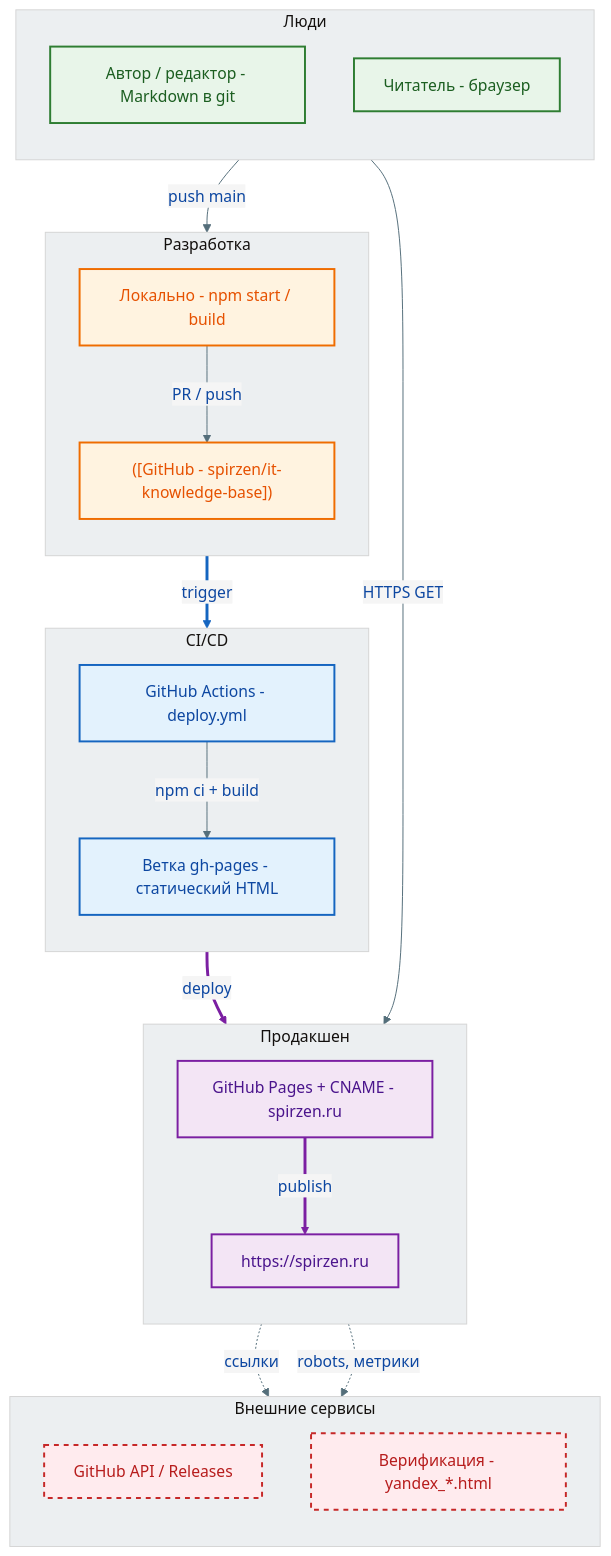
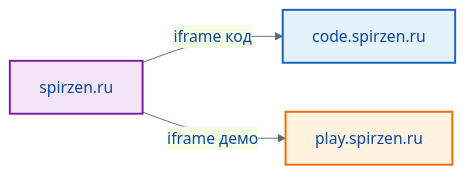
The first of 3 diagrams in docs/encyclopedia/1-basics/1-02-vvedenie/1.md (Spirzen/it-knowledge-base), drawn with Mermaid before and after one commit. The commit also changed other lines of this file and 2876 other files, not shown here.

Commit message:
New architecture

````diff
--- a/docs/encyclopedia/1-basics/1-02-vvedenie/1.md
+++ b/docs/encyclopedia/1-basics/1-02-vvedenie/1.md
@@ -47,53 +55,15 @@
 ```mermaid
-%%{init: {'theme':'base','themeVariables':{'primaryColor':'#e3f2fd','primaryTextColor':'#0d47a1','primaryBorderColor':'#1565c0','lineColor':'#546e7a','secondaryColor':'#f5f5f5','tertiaryColor':'#eceff1'}}}%%
+%%{init: {'theme':'base','themeVariables':{'primaryColor':'#e3f2fd','primaryTextColor':'#0d47a1','primaryBorderColor':'#1565c0','lineColor':'#546e7a'}}}%%
 
-flowchart TD
-  classDef human fill:#e8f5e9,stroke:#2e7d32,stroke-width:2px,color:#1b5e20
-  classDef repo fill:#fff3e0,stroke:#ef6c00,stroke-width:2px,color:#e65100
-  classDef ci fill:#e3f2fd,stroke:#1565c0,stroke-width:2px,color:#0d47a1
-  classDef prod fill:#f3e5f5,stroke:#7b1fa2,stroke-width:2px,color:#4a148c
-  classDef external fill:#ffebee,stroke:#c62828,stroke-width:2px,color:#b71c1c,stroke-dasharray:5 5
+flowchart LR
+  classDef kb fill:#f3e5f5,stroke:#7b1fa2,stroke-width:2px
+  classDef code fill:#e3f2fd,stroke:#1565c0,stroke-width:2px
+  classDef play fill:#fff3e0,stroke:#ef6c00,stroke-width:2px
 
-  subgraph people ["Люди"]
-    direction TB
-    Author["Автор / редактор - Markdown в git"]:::human
-    Reader["Читатель - браузер"]:::human
-  end
+  KB[spirzen.ru]:::kb
+  CODE[code.spirzen.ru]:::code
+  PLAY[play.spirzen.ru]:::play
 
-  subgraph dev ["Разработка"]
-    direction TB
-    Repo["([GitHub - spirzen/it-knowledge-base])"]:::repo
-    Local["Локально - npm start / build"]:::repo
-  end
-
-  subgraph ci ["CI/CD"]
-    direction TB
-    GHA["GitHub Actions - deploy.yml"]:::ci
-    GHPages["Ветка gh-pages - статический HTML"]:::ci
-  end
-
-  subgraph prod ["Продакшен"]
-    direction TB
-    CDN["GitHub Pages + CNAME - spirzen.ru"]:::prod
-    Site["https://spirzen.ru"]:::prod
-  end
-
-  subgraph external ["Внешние сервисы"]
-    direction TB
-    GH["GitHub API / Releases"]:::external
-    Yandex["Верификация - yandex_*.html"]:::external
-  end
-
-  Author -->|"push main"| Repo
-  Local -->|"PR / push"| Repo
-  Repo ==>|"trigger"| GHA
-  GHA -->|"npm ci + build"| GHPages
-  GHPages ==>|"deploy"| CDN
-  CDN -->|"publish"| Site
-  Reader -->|"HTTPS GET"| Site
-  Site -.->|"ссылки"| GH
-  Site -.->|"robots, метрики"| Yandex
-
-  linkStyle 4,5 stroke:#7b1fa2,stroke-width:3px
-  linkStyle 2 stroke:#1565c0,stroke-width:3px
+  KB -->|iframe код| CODE
+  KB -->|iframe демо| PLAY
 ```
````
